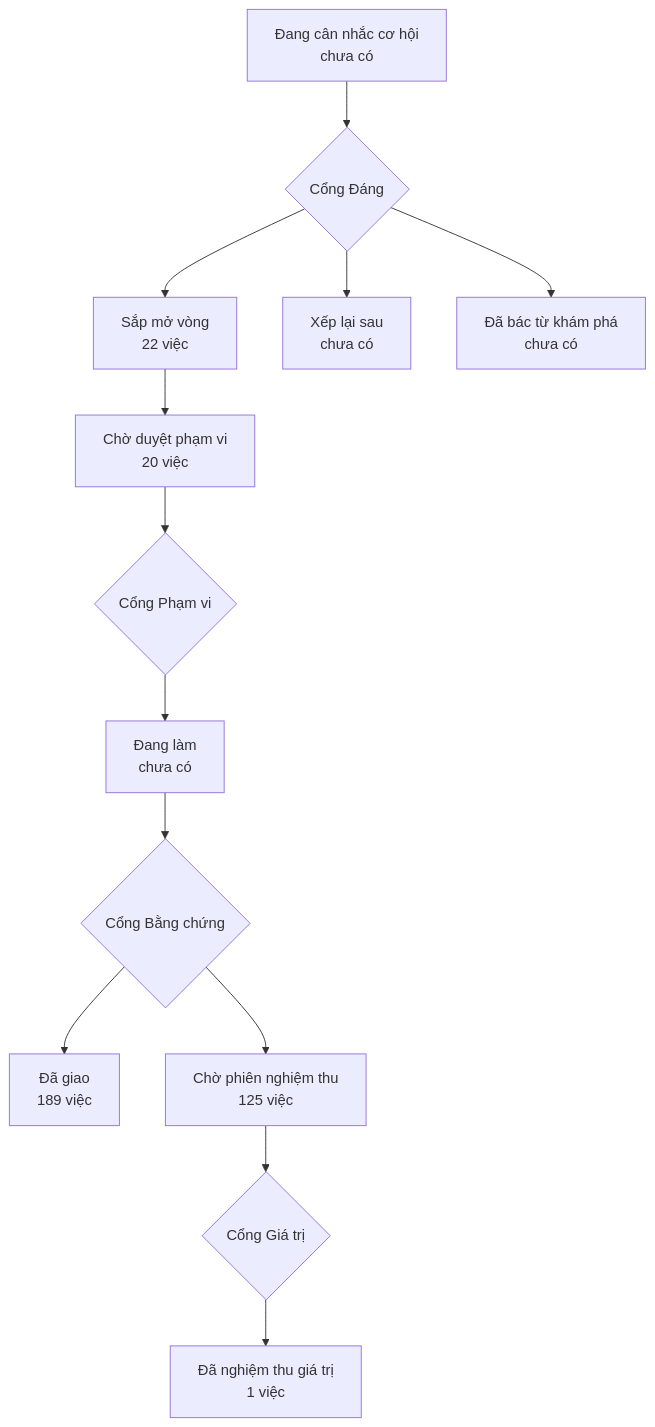
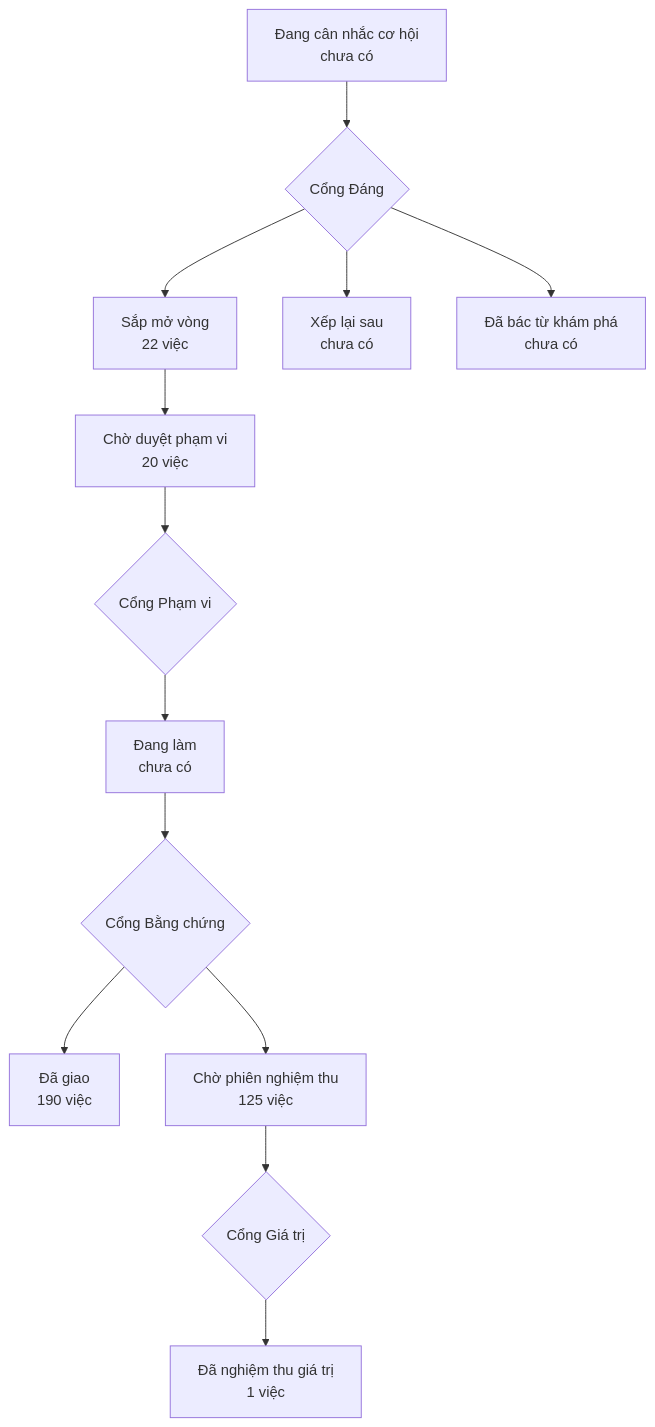
Before and after one commit to phanlemanh/onehub-invest: the diagram in PRODUCT-MAP.md, drawn with Mermaid. The commit also changed other lines of this file and 17 other files, not shown here.

````diff
--- a/PRODUCT-MAP.md
+++ b/PRODUCT-MAP.md
@@ -7,12 +7,12 @@
 ```mermaid
 flowchart TD
   A["Đang cân nhắc cơ hội<br/>chưa có"] --> GD{"Cổng Đáng"}
   GD --> B["Sắp mở vòng<br/>22 việc"]
   GD --> XL["Xếp lại sau<br/>chưa có"]
   GD --> DB["Đã bác từ khám phá<br/>chưa có"]
   B --> CD["Chờ duyệt phạm vi<br/>20 việc"] --> GP{"Cổng Phạm vi"}
   GP --> DL["Đang làm<br/>chưa có"] --> GB{"Cổng Bằng chứng"}
-  GB --> DG["Đã giao<br/>189 việc"]
+  GB --> DG["Đã giao<br/>190 việc"]
   GB --> CN["Chờ phiên nghiệm thu<br/>125 việc"] --> GG{"Cổng Giá trị"}
   GG --> NT["Đã nghiệm thu giá trị<br/>1 việc"]
 ```
````
